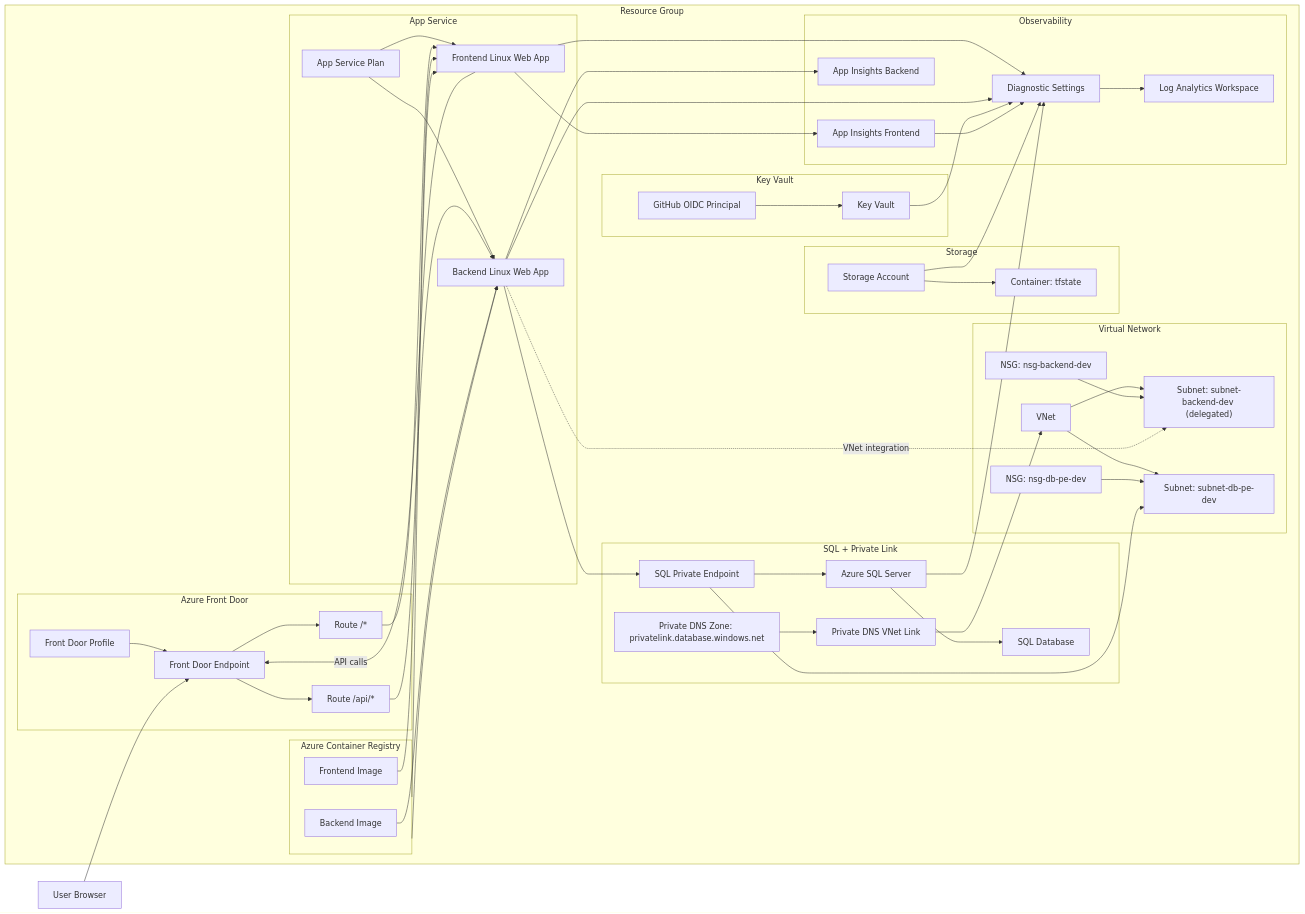
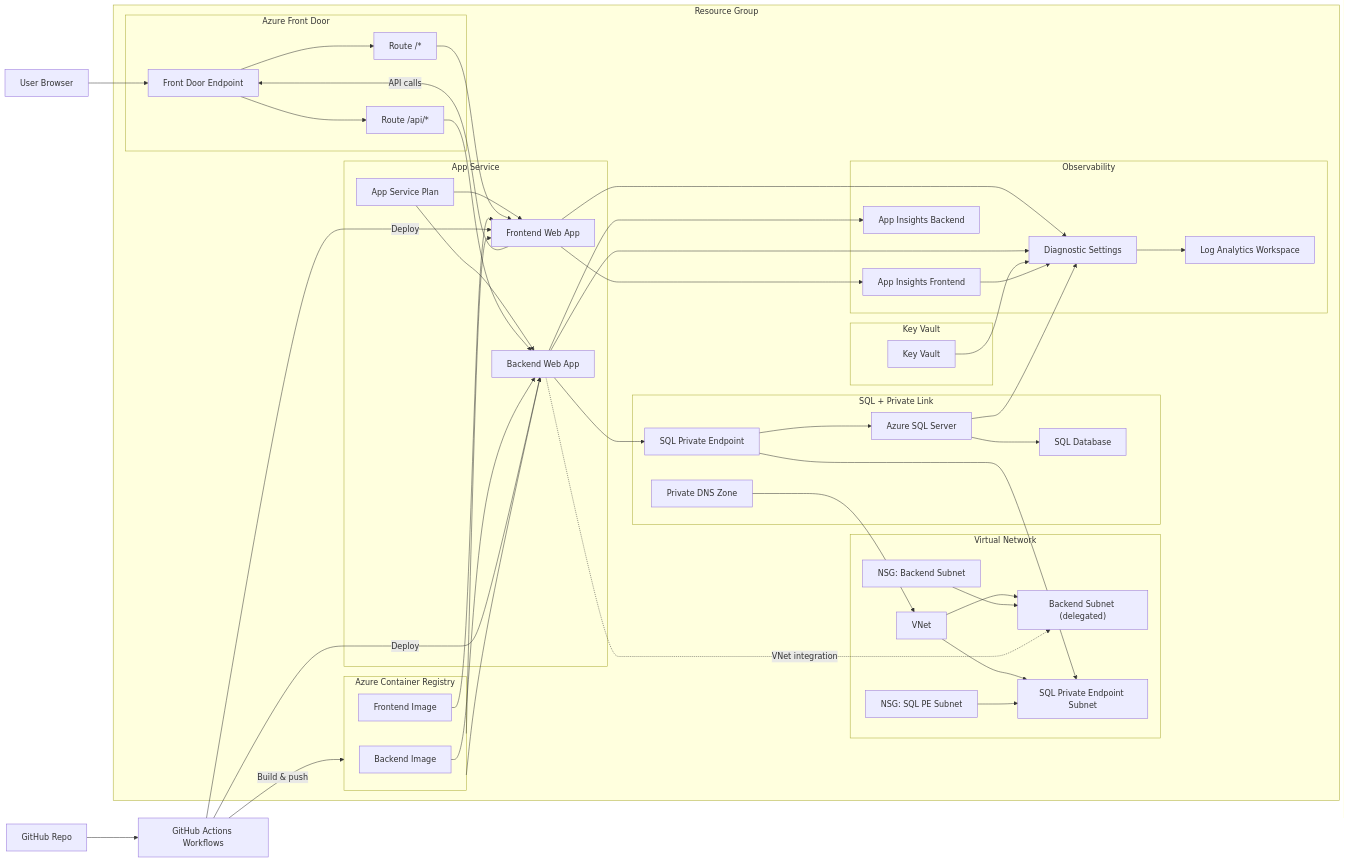
The diagram in docs/architecture.md (samsthomas/azure-3tier-project), drawn with Mermaid before and after one commit.

Commit message:
more architecture changes

````diff
--- a/docs/architecture.md
+++ b/docs/architecture.md
@@ -5,32 +5,32 @@
 ```mermaid
 flowchart LR
     User[User Browser]
+    GitHub[GitHub Repo]
+    Actions[GitHub Actions Workflows]
 
     subgraph RG["Resource Group"]
         subgraph FD["Azure Front Door"]
-            FDProfile[Front Door Profile]
             FDEndpoint[Front Door Endpoint]
             FDRouteWeb["Route /*"]
             FDRouteApi["Route /api/*"]
-            FDProfile --> FDEndpoint
             FDEndpoint --> FDRouteWeb
             FDEndpoint --> FDRouteApi
         end
 
         subgraph AppSvc["App Service"]
             Plan[App Service Plan]
-            FEApp[Frontend Linux Web App]
-            BEApp[Backend Linux Web App]
+            FEApp[Frontend Web App]
+            BEApp[Backend Web App]
             Plan --> FEApp
             Plan --> BEApp
         end
 
         subgraph Network["Virtual Network"]
             VNet[VNet]
-            SubnetApp["Subnet: subnet-backend-dev (delegated)"]
-            SubnetPE["Subnet: subnet-db-pe-dev"]
-            NSGApp[NSG: nsg-backend-dev]
-            NSGPE[NSG: nsg-db-pe-dev]
+            SubnetApp["Backend Subnet (delegated)"]
+            SubnetPE["SQL Private Endpoint Subnet"]
+            NSGApp[NSG: Backend Subnet]
+            NSGPE[NSG: SQL PE Subnet]
             VNet --> SubnetApp
             VNet --> SubnetPE
             NSGApp --> SubnetApp
@@ -41,12 +41,10 @@
             SqlServer[Azure SQL Server]
             SqlDb[SQL Database]
             SqlPE[SQL Private Endpoint]
-            PrivateDNS["Private DNS Zone: privatelink.database.windows.net"]
-            VNetLink[Private DNS VNet Link]
+            PrivateDNS["Private DNS Zone"]
             SqlServer --> SqlDb
             SqlPE --> SqlServer
-            PrivateDNS --> VNetLink
-            VNetLink --> VNet
+            PrivateDNS --> VNet
         end
 
         subgraph ACR["Azure Container Registry"]
@@ -54,16 +52,8 @@
             BEImage[Backend Image]
         end
 
-        subgraph Storage["Storage"]
-            StorageAcct[Storage Account]
-            TfState[Container: tfstate]
-            StorageAcct --> TfState
-        end
-
         subgraph KV["Key Vault"]
             KeyVault[Key Vault]
-            GitHubOIDC[GitHub OIDC Principal]
-            GitHubOIDC --> KeyVault
         end
 
         subgraph Obs["Observability"]
@@ -85,9 +75,13 @@
 
     FEImage --> FEApp
     BEImage --> BEApp
-
     ACR --> FEApp
     ACR --> BEApp
+
+    GitHub --> Actions
+    Actions -->|Build & push| ACR
+    Actions -->|Deploy| FEApp
+    Actions -->|Deploy| BEApp
 
     FEApp --> AIFe
     BEApp --> AIBE
@@ -95,7 +89,6 @@
     FEApp --> Diag
     BEApp --> Diag
     SqlServer --> Diag
-    StorageAcct --> Diag
     KeyVault --> Diag
     AIFe --> Diag
     Diag --> LAW
````
